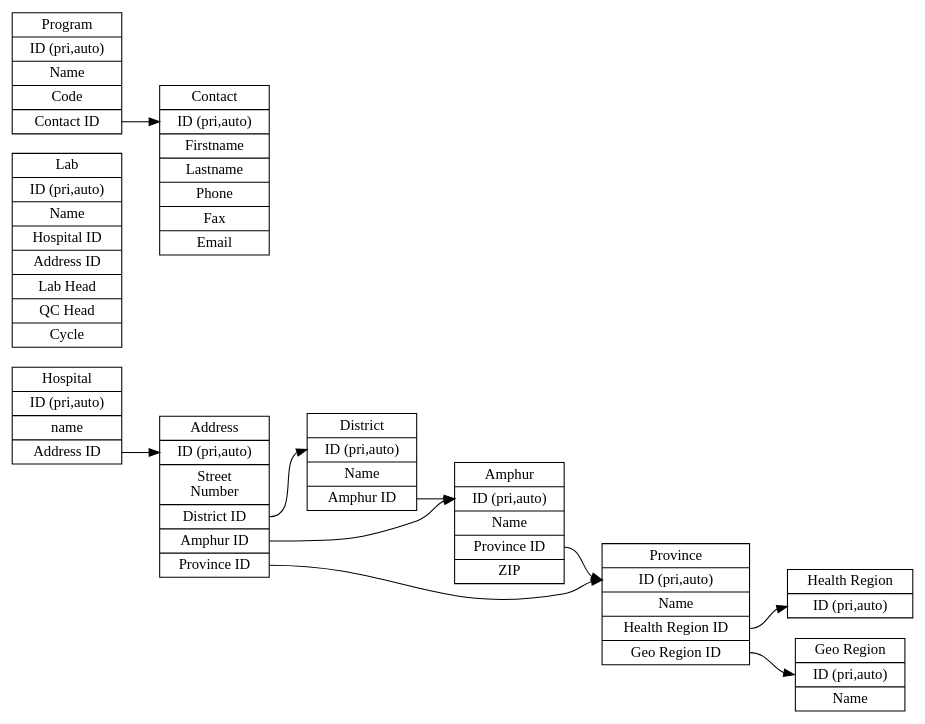
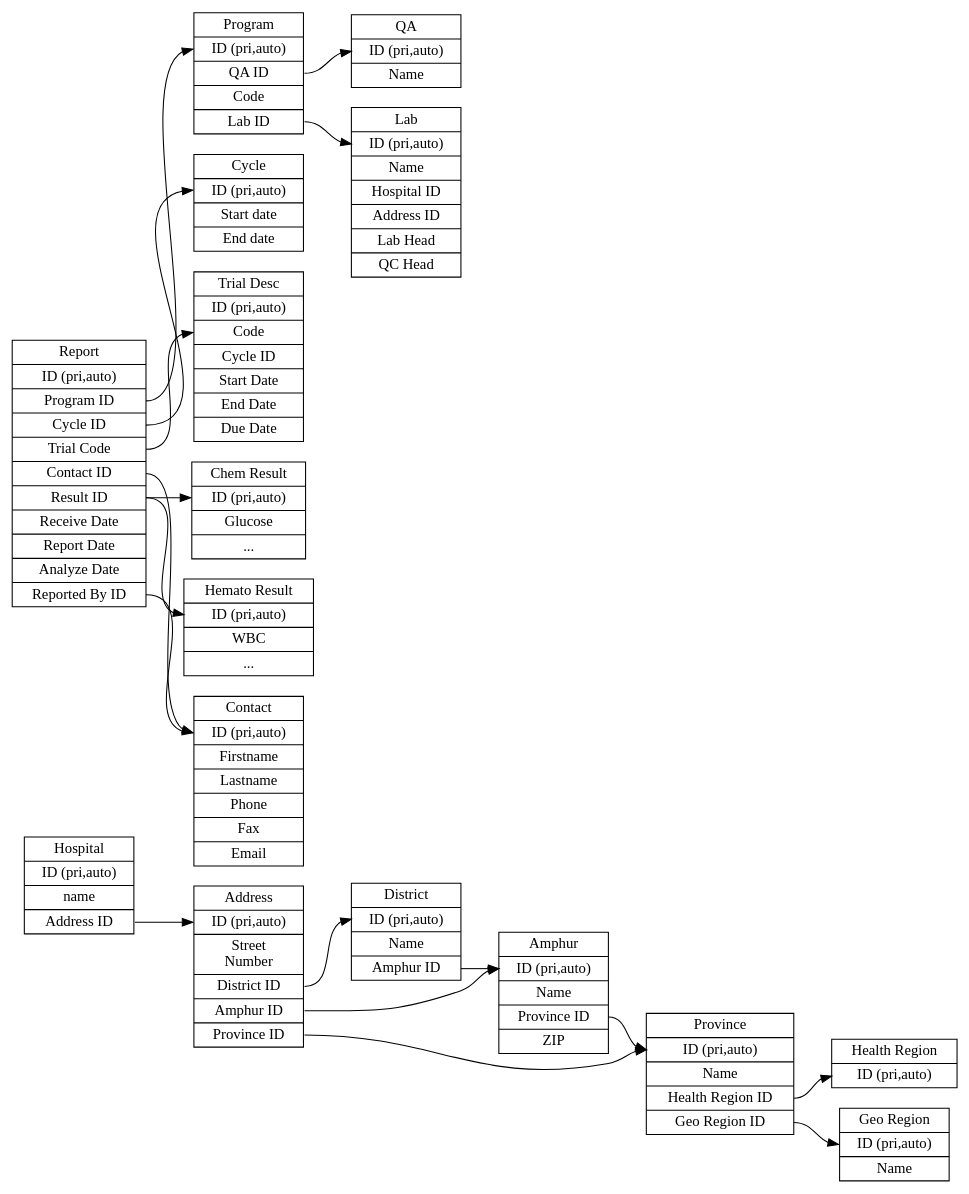
The diagram in customerdb.dot (likit/medtech-ieqa), drawn with Graphviz before and after one commit.

Commit message:
added some more tables and relationships

```diff
--- a/customerdb.dot
+++ b/customerdb.dot
@@ -1,28 +1,45 @@
 digraph G {
     graph [rankdir = "LR"];
     "hospital_table" [shape = "record" label = "Hospital|ID (pri,auto)|name|<f3>Address ID"];
     "address_table" [shape = "record" label="Address|<f1>ID (pri,auto)|Street\nNumber|<f3>District ID|<f4>Amphur ID|<f5>Province ID"];
     "province_table" [shape = "record" label="Province|<f1>ID (pri,auto)|Name|<f3>Health Region ID|<f4>Geo Region ID"];
     "amphur_table" [shape="record" label="Amphur|<f1>ID (pri,auto)|Name|<f3>Province ID|ZIP"];
     "district_table" [shape="record" label="District|<f1>ID (pri,auto)|Name|<f3>Amphur ID"];
     "health_region_table" [shape="record" label="Health Region|<f1>ID (pri,auto)"];
     "geo_region_table" [shape="record" label="Geo Region|<f1>ID (pri,auto)|Name"];
 
-    "lab_table" [shape="record" label="Lab|ID (pri,auto)|Name|Hospital ID|Address ID|Lab Head|QC Head|Cycle"]
-    "contact_table" [shape="record" label="Contact|<f1>ID (pri,auto)|Firstname|Lastname|Phone|Fax|Email"]
-    "program_table" [shape="record" label="Program|ID (pri,auto)|Name|Code|<f4>Contact ID"];
+    "lab_table" [shape="record" label="Lab|<f1>ID (pri,auto)|Name|Hospital ID|Address ID|Lab Head|QC Head"];
+    "contact_table" [shape="record" label="Contact|<f1>ID (pri,auto)|Firstname|Lastname|Phone|Fax|Email"];
+    "program_table" [shape="record" label="Program|<f1>ID (pri,auto)|<f2>QA ID|<f3>Code|<f4>Lab ID"];
+
+    "cycle_table" [shape="record" label="Cycle|<f1>ID (pri,auto)|Start date|End date"];
+    "report_table" [shape="record" label="Report|<f1>ID (pri,auto)|<f2>Program ID|<f3>Cycle ID|<f4>Trial Code|<f5>Contact ID|<f6>Result ID|Receive Date|Report Date|Analyze Date|<f10>Reported By ID"];
+    "trial_desc_table" [shape="record" label="Trial Desc|<f1>ID (pri,auto)|<f2>Code|<f3>Cycle ID|Start Date|End Date|Due Date"];
+    "qa_table" [shape="record" label="QA|<f1>ID (pri,auto)|Name"]
+
+    "chem_result_table" [shape="record" label="Chem Result|<f1>ID (pri,auto)|Glucose|..."];
+    "hemato_result_table" [shape="record" label="Hemato Result|<f1>ID (pri,auto)|WBC|..."];
 
     "address_table":f3 -> "district_table":f1;
     "address_table":f4 -> "amphur_table":f1;
     "address_table":f5 -> "province_table":f1;
 
     "hospital_table":f3 -> "address_table":f1;
 
     "amphur_table":f3 -> "province_table":f1;
     "district_table":f3 -> "amphur_table":f1;
 
     "province_table":f3 -> "health_region_table":f1;
     "province_table":f4 -> "geo_region_table":f1;
 
-    "program_table":f4 -> "contact_table":f1;
+    "report_table":f3 -> "cycle_table":f1
+    "report_table":f4 -> "trial_desc_table":f2
+    "report_table":f5 -> "contact_table":f1;
+    "report_table":f6 -> "chem_result_table":f1;
+    "report_table":f6 -> "hemato_result_table":f1;
+
+    "report_table":f2 -> "program_table":f1;
+    "report_table":f10 -> "contact_table":f1;
+    "program_table":f4 -> "lab_table":f1;
+    "program_table":f2 -> "qa_table":f1;
 }
```
